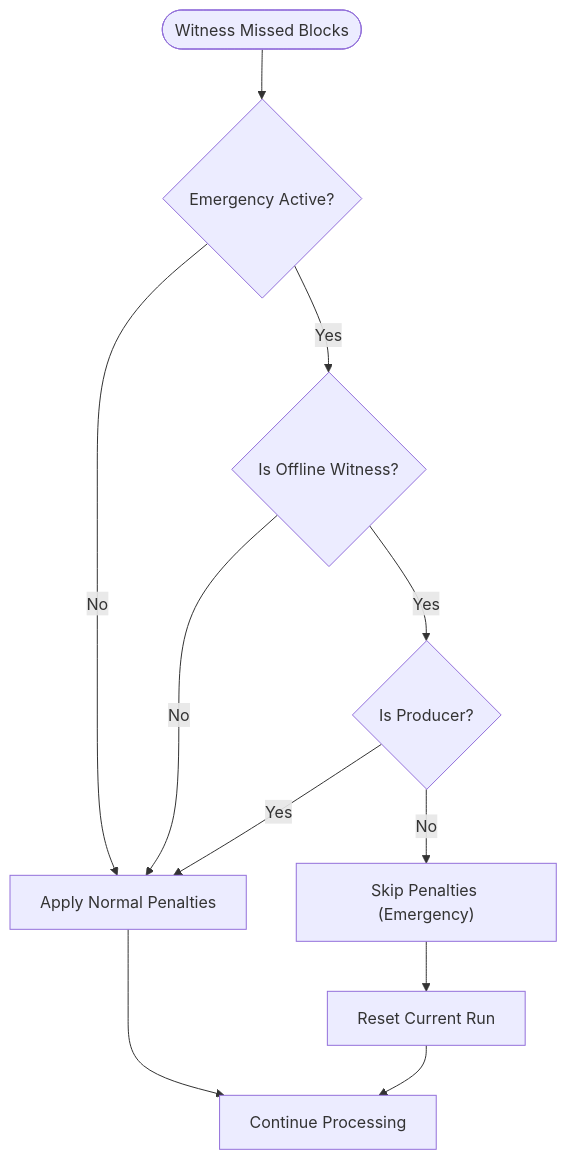
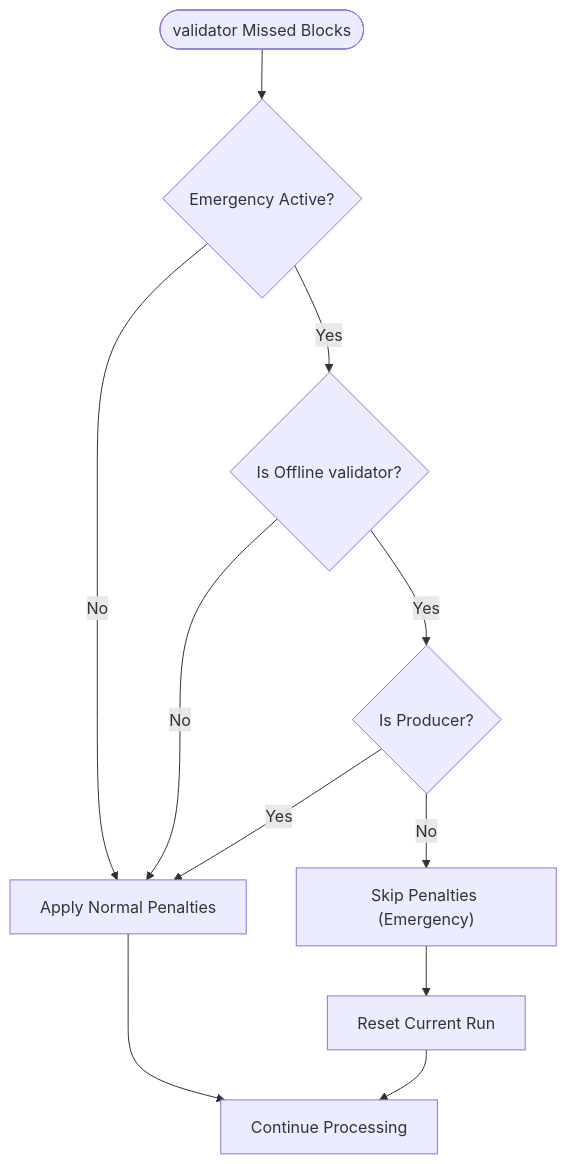
Diagram 27 of 29 in .qoder/repowiki/en/content/Architecture Overview/Core Libraries/Chain Library/Database Management/Database Management.md (VIZ-Blockchain/viz-cpp-node), drawn with Mermaid before and after one commit. The commit also changed other lines of this file and 88 other files, not shown here.

First line of the commit message:
docs(validator): rename witness to validator throughout documentation

````diff
--- a/.qoder/repowiki/en/content/Architecture Overview/Core Libraries/Chain Library/Database Management/Database Management.md
+++ b/.qoder/repowiki/en/content/Architecture Overview/Core Libraries/Chain Library/Database Management/Database Management.md
@@ -1499,13 +1499,13 @@
 ```mermaid
 flowchart TD
-Start(["Witness Missed Blocks"]) --> CheckEmergency{"Emergency Active?"}
+Start(["validator Missed Blocks"]) --> CheckEmergency{"Emergency Active?"}
 CheckEmergency --> |No| ApplyPenalties["Apply Normal Penalties"]
-CheckEmergency --> |Yes| CheckOffline{"Is Offline Witness?"}
+CheckEmergency --> |Yes| CheckOffline{"Is Offline validator?"}
 CheckOffline --> |No| ApplyPenalties
 CheckOffline --> |Yes| CheckProducer{"Is Producer?"}
 CheckProducer --> |Yes| ApplyPenalties
 CheckProducer --> |No| SkipPenalties["Skip Penalties (Emergency)"]
 SkipPenalties --> ResetRun["Reset Current Run"]
 ResetRun --> Continue["Continue Processing"]
 ApplyPenalties --> Continue
 ```
````
